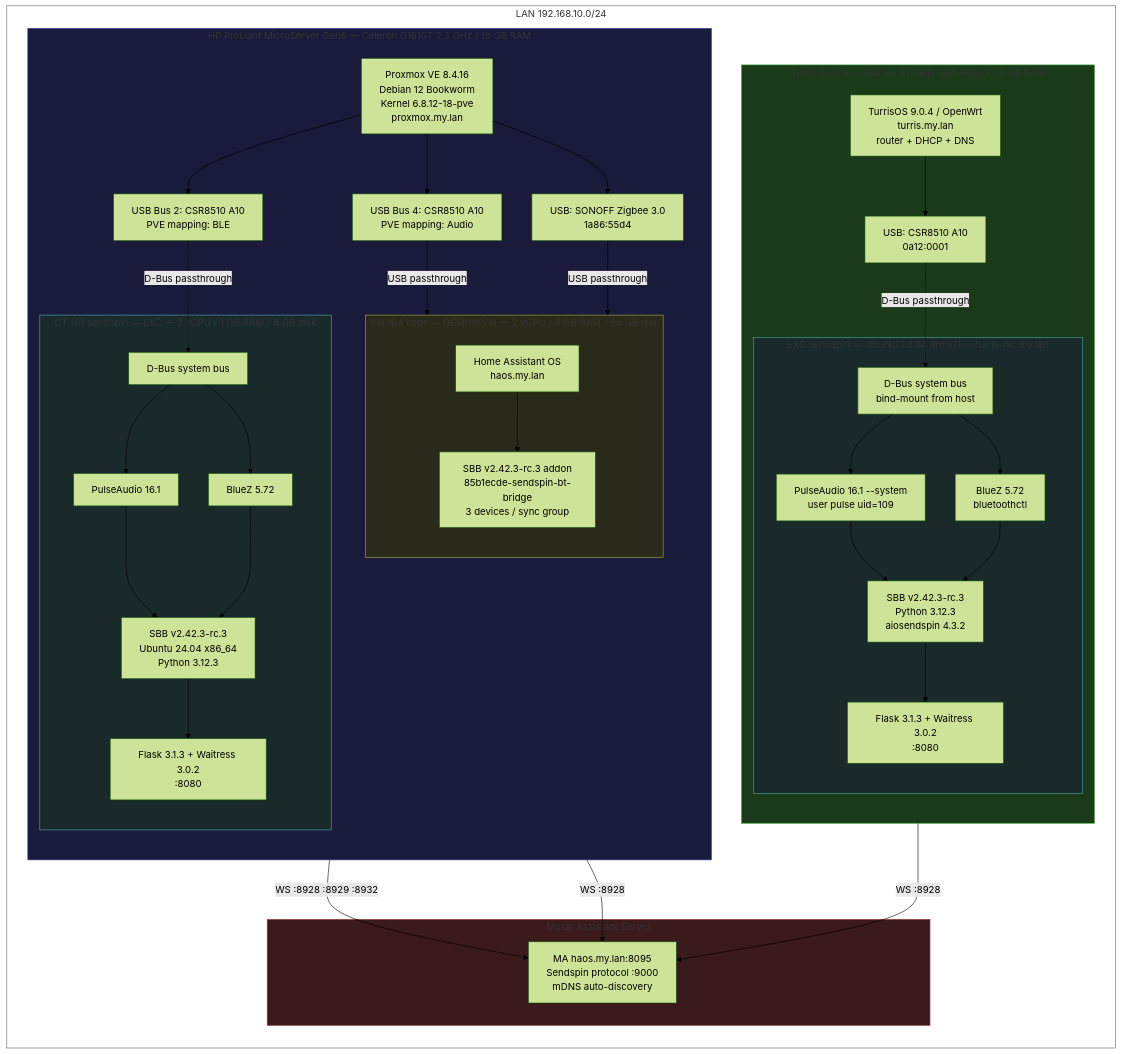
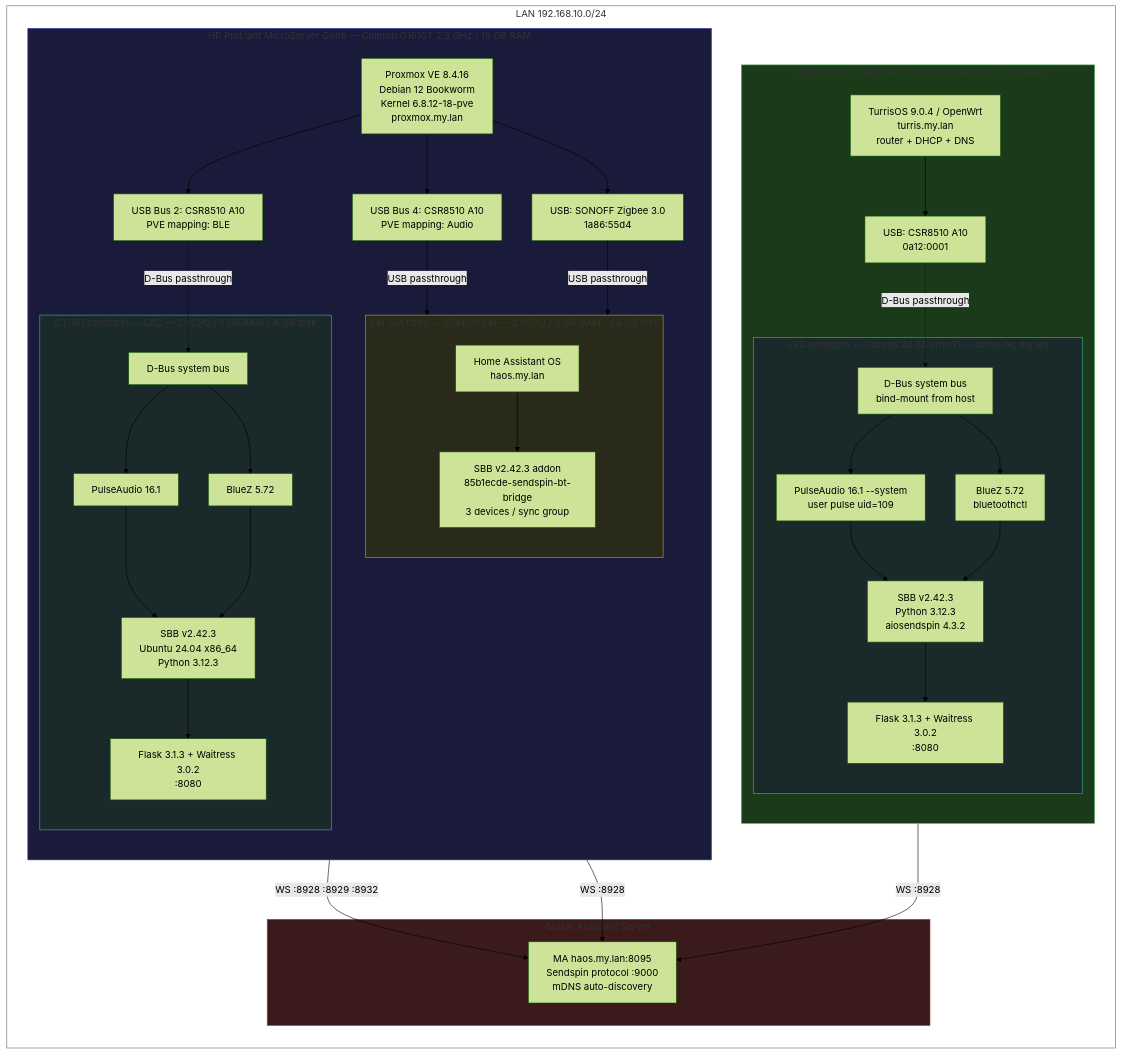
The first of 3 diagrams in docs-site/src/content/docs/test-stand.md (trudenboy/sendspin-bt-bridge), drawn with Mermaid (forest theme) before and after one commit. The commit also changed other lines of this file and 2 other files, not shown here.

````diff
--- a/docs-site/src/content/docs/test-stand.md
+++ b/docs-site/src/content/docs/test-stand.md
@@ -20,76 +20,76 @@
 ```mermaid
 graph TB
     subgraph net["LAN 192.168.10.0/24"]
         direction TB
 
         subgraph turris["Turris Omnia — Marvell Armada 385 ARMv7 / 2 GB RAM"]
             direction TB
             T_HOST["TurrisOS 9.0.4 / OpenWrt<br/>turris.my.lan<br/>router + DHCP + DNS"]
             T_USB["USB: CSR8510 A10<br/>0a12:0001"]
             subgraph T_LXC["LXC sendspin — Ubuntu 24.04 armv7l — turris-lxc.my.lan"]
                 T_DBUS["D-Bus system bus<br/>bind-mount from host"]
                 T_PA["PulseAudio 16.1 --system<br/>user pulse uid=109"]
                 T_BLUEZ["BlueZ 5.72<br/>bluetoothctl"]
-                T_SBB["SBB v2.42.3-rc.3<br/>Python 3.12.3<br/>aiosendspin 4.3.2"]
+                T_SBB["SBB v2.42.3<br/>Python 3.12.3<br/>aiosendspin 4.3.2"]
                 T_WEB["Flask 3.1.3 + Waitress 3.0.2<br/>:8080"]
                 T_DBUS --> T_BLUEZ
                 T_DBUS --> T_PA
                 T_PA --> T_SBB
                 T_BLUEZ --> T_SBB
                 T_SBB --> T_WEB
             end
             T_HOST --> T_USB
             T_USB -.->|D-Bus passthrough| T_DBUS
         end
 
         subgraph proxmox["HP ProLiant MicroServer Gen8 — Celeron G1610T 2.3 GHz / 16 GB RAM"]
             direction TB
             P_HOST["Proxmox VE 8.4.16<br/>Debian 12 Bookworm<br/>Kernel 6.8.12-18-pve<br/>proxmox.my.lan"]
             P_USB1["USB Bus 4: CSR8510 A10<br/>PVE mapping: Audio"]
             P_USB2["USB Bus 2: CSR8510 A10<br/>PVE mapping: BLE"]
             P_ZIG["USB: SONOFF Zigbee 3.0<br/>1a86:55d4"]
 
             subgraph P_VM["VM 104 haos — QEMU/KVM — 2 vCPU / 6 GB RAM / 64 GB disk"]
                 P_HAOS["Home Assistant OS<br/>haos.my.lan"]
-                P_ADDON["SBB v2.42.3-rc.3 addon<br/>85b1ecde-sendspin-bt-bridge<br/>3 devices / sync group"]
+                P_ADDON["SBB v2.42.3 addon<br/>85b1ecde-sendspin-bt-bridge<br/>3 devices / sync group"]
                 P_HAOS --> P_ADDON
             end
 
             subgraph P_CT["CT 101 sendspin — LXC — 2 vCPU / 1 GB RAM / 4 GB disk"]
                 P_DBUS["D-Bus system bus"]
                 P_PA["PulseAudio 16.1"]
                 P_BLUEZ2["BlueZ 5.72"]
-                P_SBB["SBB v2.42.3-rc.3<br/>Ubuntu 24.04 x86_64<br/>Python 3.12.3"]
+                P_SBB["SBB v2.42.3<br/>Ubuntu 24.04 x86_64<br/>Python 3.12.3"]
                 P_WEB2["Flask 3.1.3 + Waitress 3.0.2<br/>:8080"]
                 P_DBUS --> P_BLUEZ2
                 P_DBUS --> P_PA
                 P_PA --> P_SBB
                 P_BLUEZ2 --> P_SBB
                 P_SBB --> P_WEB2
             end
 
             P_HOST --> P_USB1
             P_HOST --> P_USB2
             P_HOST --> P_ZIG
             P_USB1 -->|USB passthrough| P_VM
             P_USB2 -.->|D-Bus passthrough| P_DBUS
             P_ZIG -->|USB passthrough| P_VM
         end
 
         subgraph ma_box["Music Assistant Server"]
             MA["MA haos.my.lan:8095<br/>Sendspin protocol :9000<br/>mDNS auto-discovery"]
         end
     end
 
     P_ADDON -->|"WS :8928 :8929 :8932"| MA
     P_SBB -->|"WS :8928"| MA
     T_SBB -->|"WS :8928"| MA
 
     style net fill:none,stroke:#666
     style turris fill:#1a3a1a,stroke:#4a4
     style proxmox fill:#1a1a3a,stroke:#44a
     style ma_box fill:#3a1a1a,stroke:#a44
     style P_VM fill:#2a2a1a,stroke:#aa4
     style P_CT fill:#1a2a2a,stroke:#4aa
     style T_LXC fill:#1a2a2a,stroke:#4aa
 ```
````
